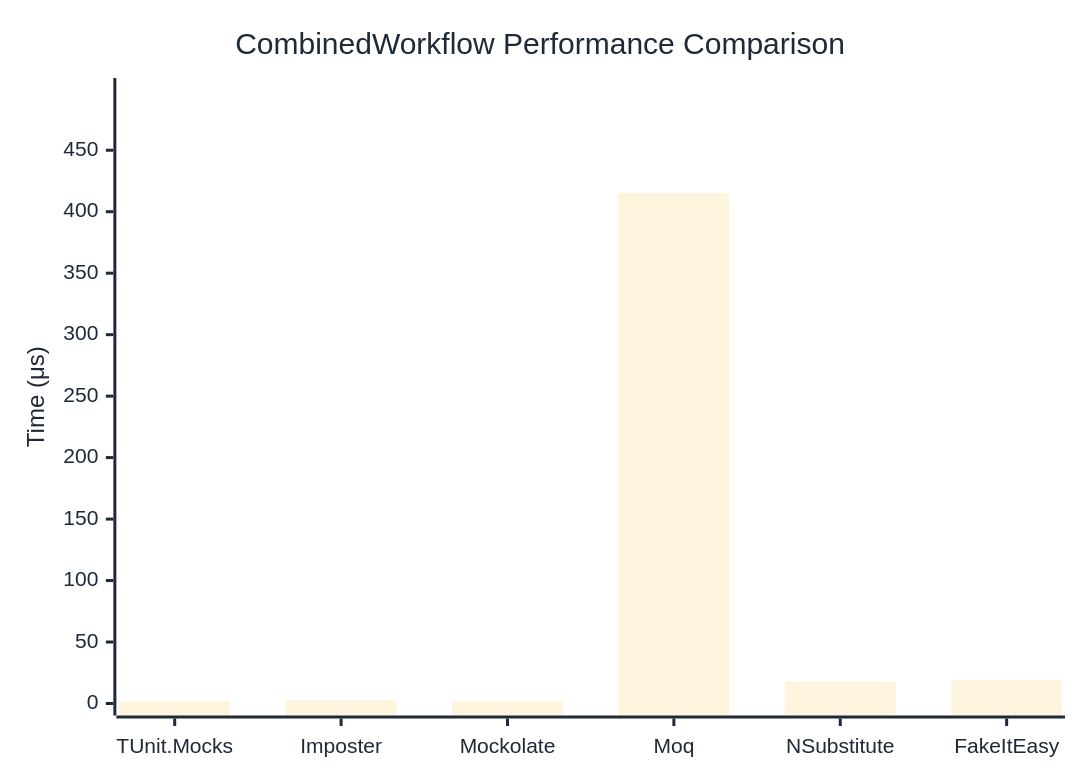
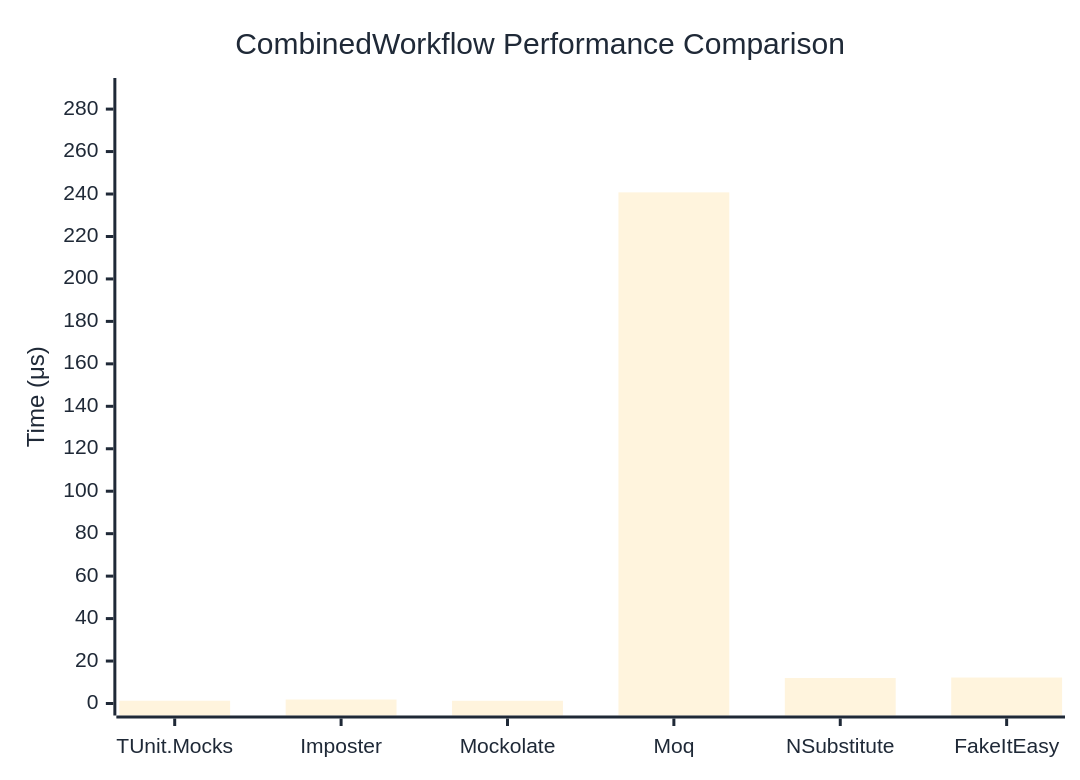
Before and after one commit to thomhurst/TUnit: the diagram in docs/docs/benchmarks/mocks/CombinedWorkflow.md, drawn with Mermaid. The commit also changed other lines of this file and 14 other files, not shown here.

````diff
--- a/docs/docs/benchmarks/mocks/CombinedWorkflow.md
+++ b/docs/docs/benchmarks/mocks/CombinedWorkflow.md
@@ -28,27 +28,27 @@
 ```mermaid
 %%{init: {
   'theme':'base',
   'themeVariables': {
     'primaryColor': '#2563eb',
     'primaryTextColor': '#1f2937',
     'primaryBorderColor': '#1e40af',
     'lineColor': '#6b7280',
     'secondaryColor': '#7c3aed',
     'tertiaryColor': '#dc2626',
     'background': '#ffffff',
     'pie1': '#2563eb',
     'pie2': '#7c3aed',
     'pie3': '#dc2626',
     'pie4': '#f59e0b',
     'pie5': '#10b981',
     'pie6': '#06b6d4',
     'pie7': '#ec4899',
     'pie8': '#6366f1'
   }
 }}%%
 xychart-beta
   title "CombinedWorkflow Performance Comparison"
   x-axis ["TUnit.Mocks", "Imposter", "Mockolate", "Moq", "NSubstitute", "FakeItEasy"]
-  y-axis "Time (μs)" 0 --> 499
-  bar [1.796, 2.892, 1.821, 415.156, 17.921, 18.771]
+  y-axis "Time (μs)" 0 --> 289
+  bar [1.307, 1.88, 1.28, 240.78, 12.019, 12.238]
 ```
````
